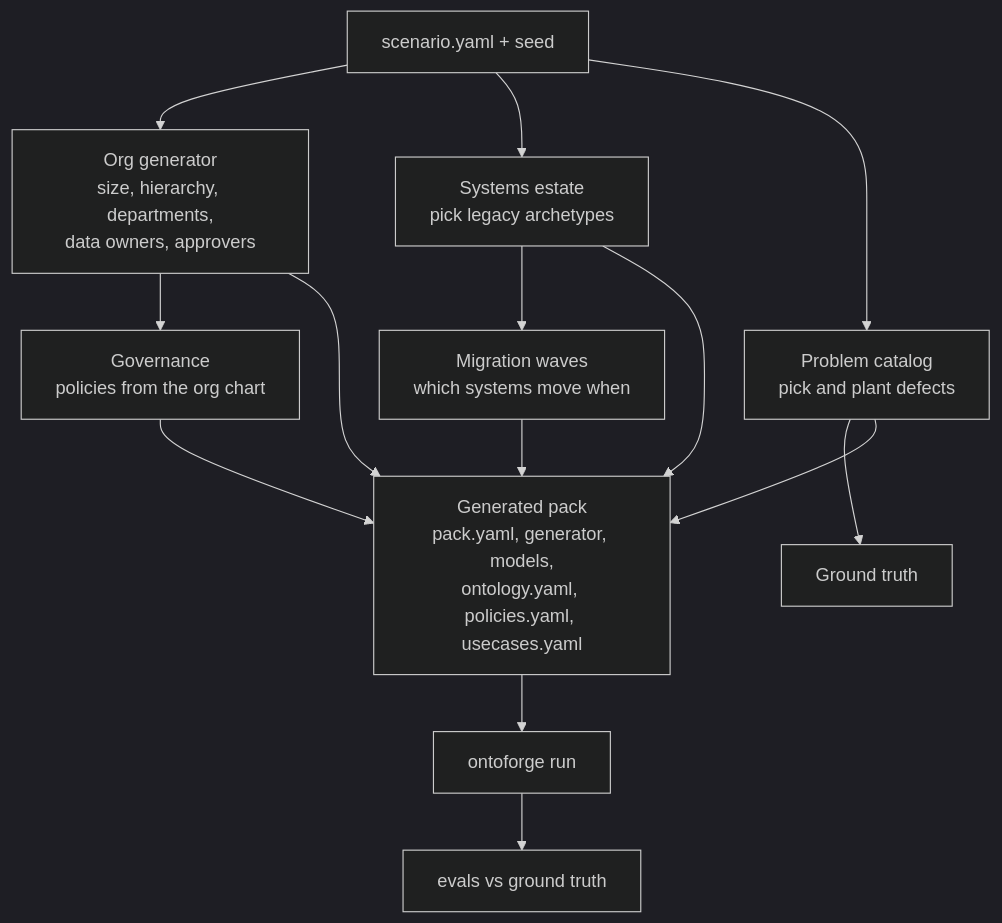
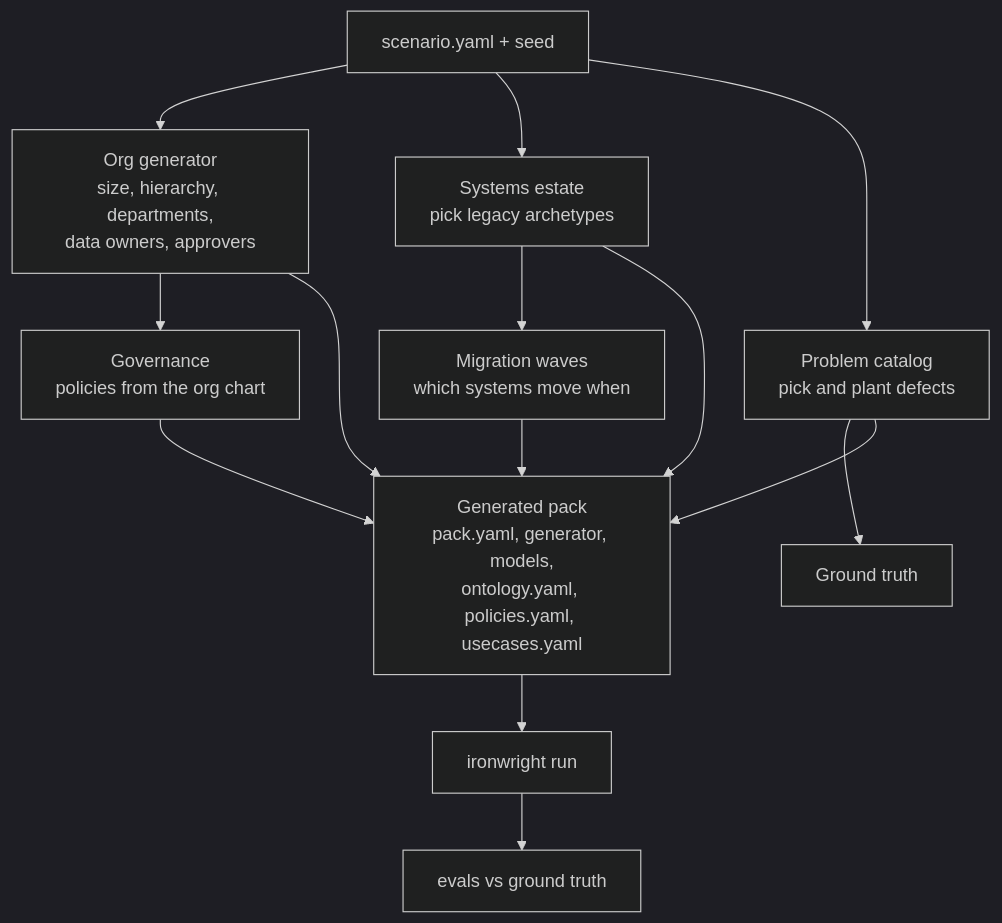
The second of 4 diagrams in docs/ROADMAP.md (ShreyPatel4/ironwright), drawn with Mermaid (dark theme) before and after one commit. The commit also changed other lines of this file and 113 other files, not shown here.

````diff
--- a/docs/ROADMAP.md
+++ b/docs/ROADMAP.md
@@ -23,11 +23,11 @@
 ```mermaid
 flowchart TB
   S["scenario.yaml + seed"] --> ORG["Org generator<br/>size, hierarchy, departments,<br/>data owners, approvers"]
   S --> EST["Systems estate<br/>pick legacy archetypes"]
   S --> PRB["Problem catalog<br/>pick and plant defects"]
   ORG --> GOV["Governance<br/>policies from the org chart"]
   EST --> MIG["Migration waves<br/>which systems move when"]
   PRB --> GT["Ground truth"]
   ORG & EST & PRB & GOV & MIG --> PACK["Generated pack<br/>pack.yaml, generator, models,<br/>ontology.yaml, policies.yaml, usecases.yaml"]
-  PACK --> RUN["ontoforge run"] --> EV["evals vs ground truth"]
+  PACK --> RUN["ironwright run"] --> EV["evals vs ground truth"]
 ```
````
